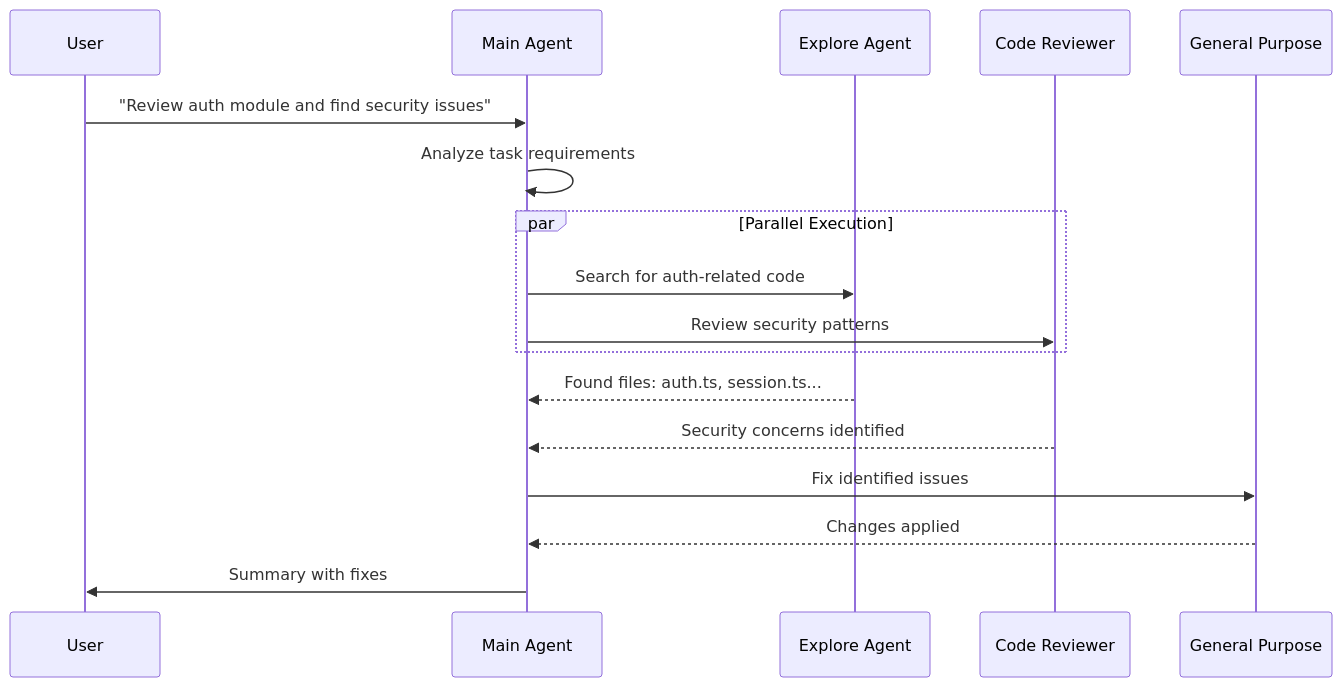
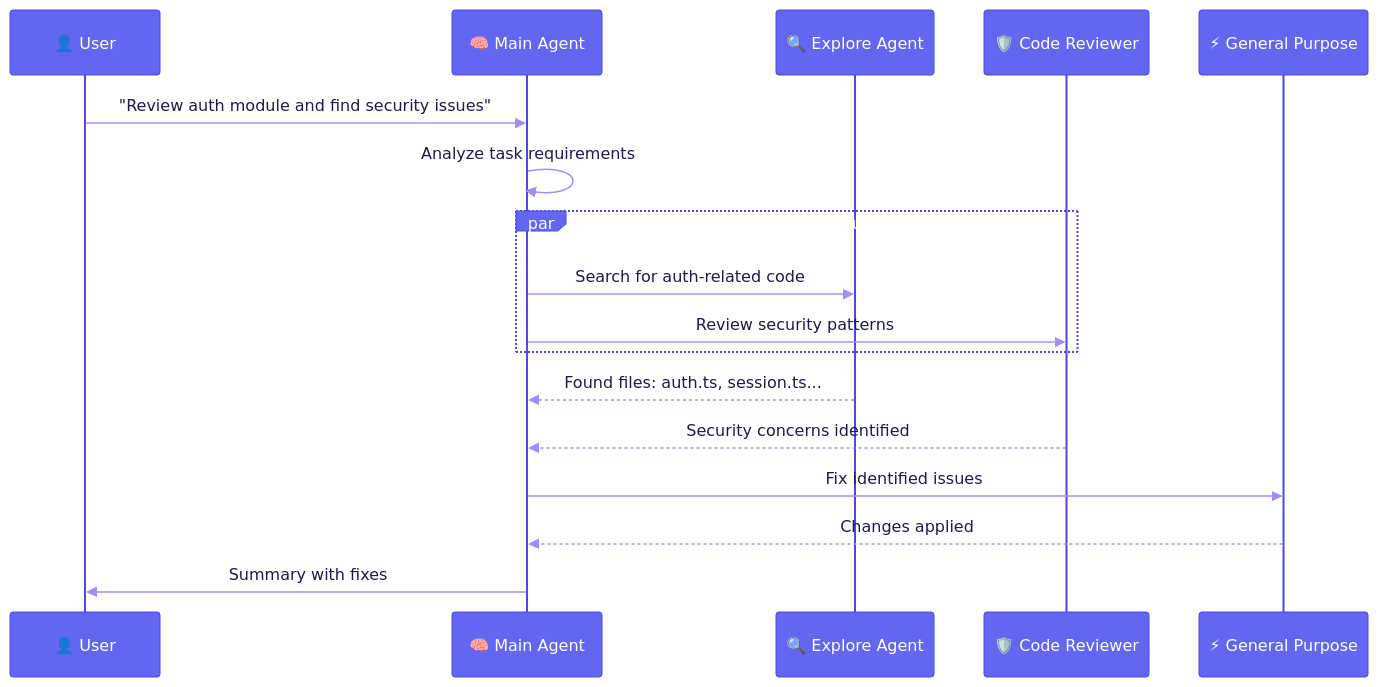
One commit to ThibautMelen/agentic-ai-systems changed the first of 4 diagrams in patterns/01-subagent-orchestration.md. Above: the diagram before and after it, drawn with Mermaid. The commit also changed other lines of this file and 7 other files, not shown here.

First line of the commit message:
style(diagrams): add vibrant colors to all Mermaid diagrams

````diff
--- a/patterns/01-subagent-orchestration.md
+++ b/patterns/01-subagent-orchestration.md
@@ -13,25 +13,26 @@
 ```mermaid
+%%{init: {'theme': 'base', 'themeVariables': { 'primaryColor': '#8b5cf6', 'primaryTextColor': '#ffffff', 'primaryBorderColor': '#7c3aed', 'lineColor': '#a78bfa', 'secondaryColor': '#f472b6', 'tertiaryColor': '#2dd4bf', 'actorBkg': '#6366f1', 'actorTextColor': '#ffffff', 'actorBorder': '#4f46e5', 'signalColor': '#a78bfa', 'signalTextColor': '#1e1b4b', 'activationBkgColor': '#c4b5fd', 'activationBorderColor': '#7c3aed'}}}%%
 sequenceDiagram
-    participant U as User
-    participant M as Main Agent
-    participant E as Explore Agent
-    participant R as Code Reviewer
-    participant G as General Purpose
+    participant U as 👤 User
+    participant M as 🧠 Main Agent
+    participant E as 🔍 Explore Agent
+    participant R as 🛡️ Code Reviewer
+    participant G as ⚡ General Purpose
 
     U->>M: "Review auth module and find security issues"
 
     M->>M: Analyze task requirements
 
     par Parallel Execution
         M->>E: Search for auth-related code
         M->>R: Review security patterns
     end
 
     E-->>M: Found files: auth.ts, session.ts...
     R-->>M: Security concerns identified
 
     M->>G: Fix identified issues
     G-->>M: Changes applied
 
     M->>U: Summary with fixes
 ```
````
